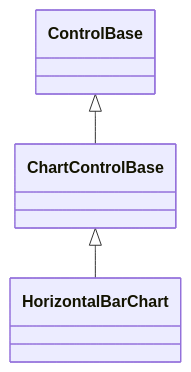
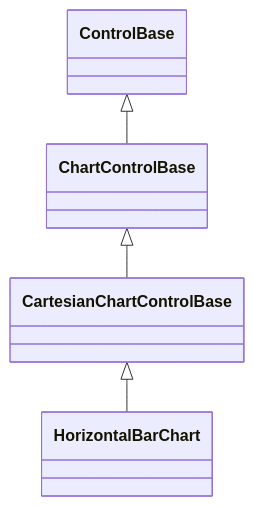
Before and after one commit to pavkam/sharp-vision: the diagram in docs/controls/charts/horizontal-bar-chart.md, drawn with Mermaid. The commit also changed other lines of this file and 42 other files, not shown here.

First line of the commit message:
feat(charts): add selection and polish chart rendering

````diff
--- a/docs/controls/charts/horizontal-bar-chart.md
+++ b/docs/controls/charts/horizontal-bar-chart.md
@@ -11,5 +10,6 @@
 ```mermaid
 classDiagram
     ControlBase <|-- ChartControlBase
-    ChartControlBase <|-- HorizontalBarChart
+    ChartControlBase <|-- CartesianChartControlBase
+    CartesianChartControlBase <|-- HorizontalBarChart
 ```
````
